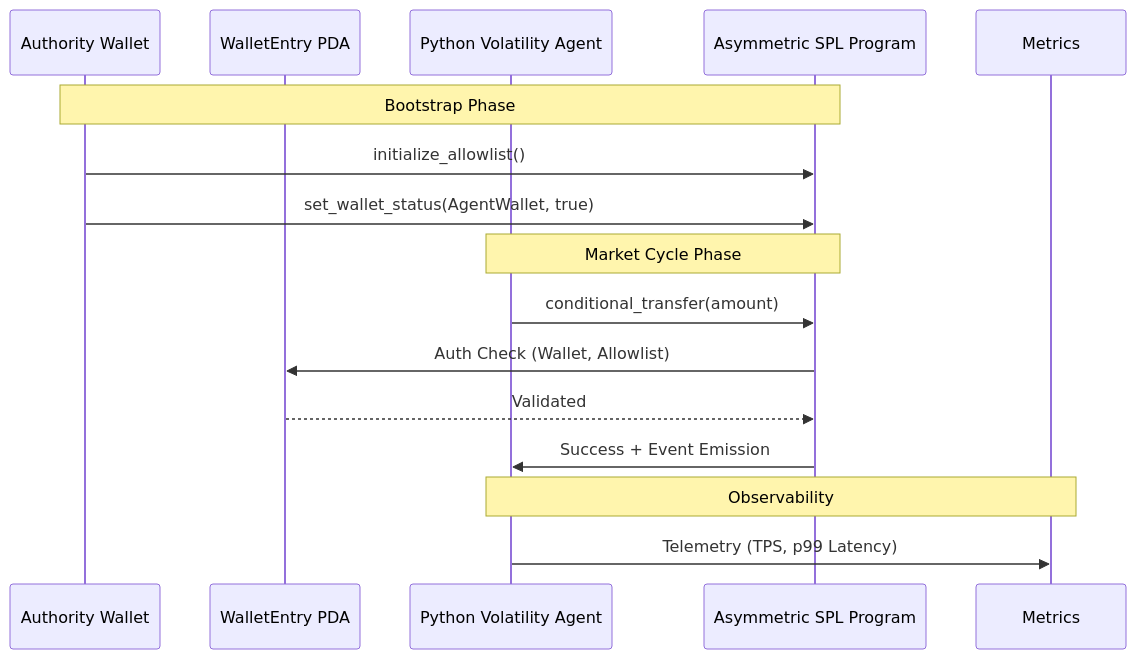
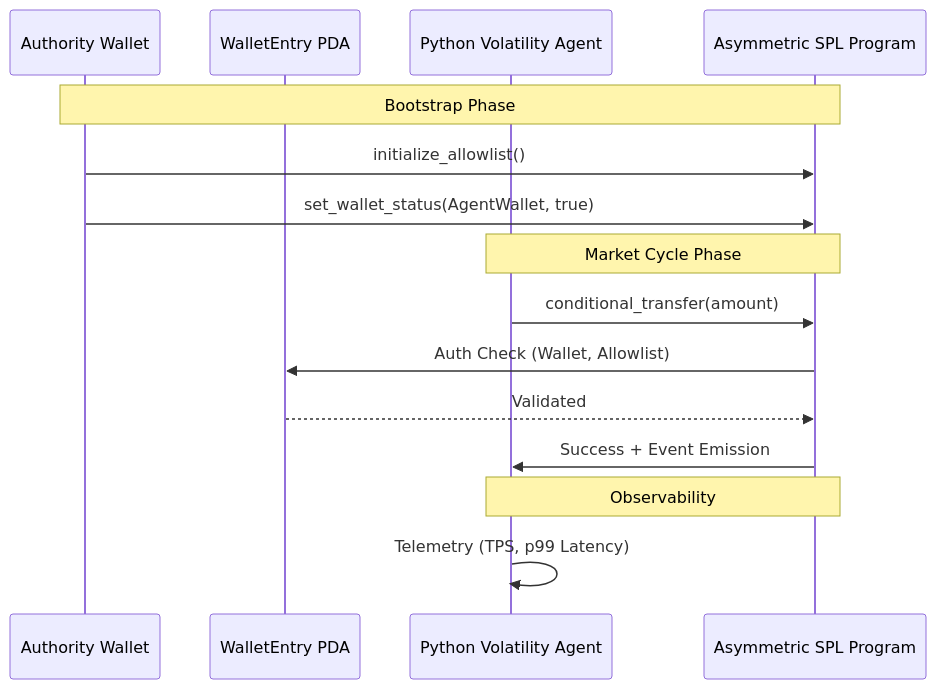
One commit to theoxfaber/solana-defi-sim changed the diagram in README.md. Above: the diagram before and after it, drawn with Mermaid. The commit also changed other lines of this file and 3738 other files, not shown here.

````diff
--- a/README.md
+++ b/README.md
@@ -14,20 +16,20 @@
 ```mermaid
 sequenceDiagram
     participant Authority as Authority Wallet
     participant PDA as WalletEntry PDA
     participant Agent as Python Volatility Agent
     participant Program as Asymmetric SPL Program
 
     Note over Authority, Program: Bootstrap Phase
     Authority->>Program: initialize_allowlist()
     Authority->>Program: set_wallet_status(AgentWallet, true)
     
     Note over Agent, Program: Market Cycle Phase
     Agent->>Program: conditional_transfer(amount)
     Program->>PDA: Auth Check (Wallet, Allowlist)
     PDA-->>Program: Validated
     Program->>Agent: Success + Event Emission
     
-    Note over Agent, Metrics: Observability
-    Agent->>Metrics: Telemetry (TPS, p99 Latency)
+    Note over Agent, Program: Observability
+    Agent->>Agent: Telemetry (TPS, p99 Latency)
 ```
````
